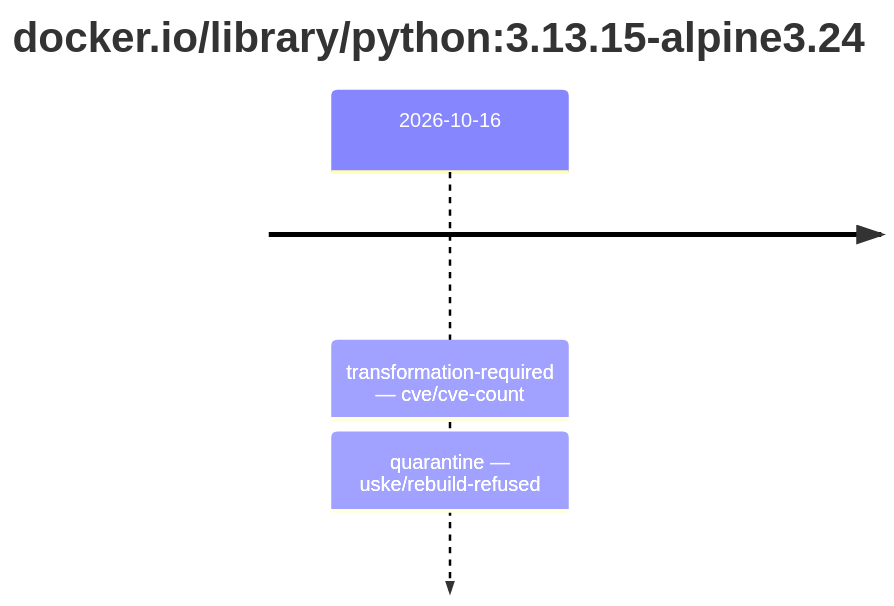
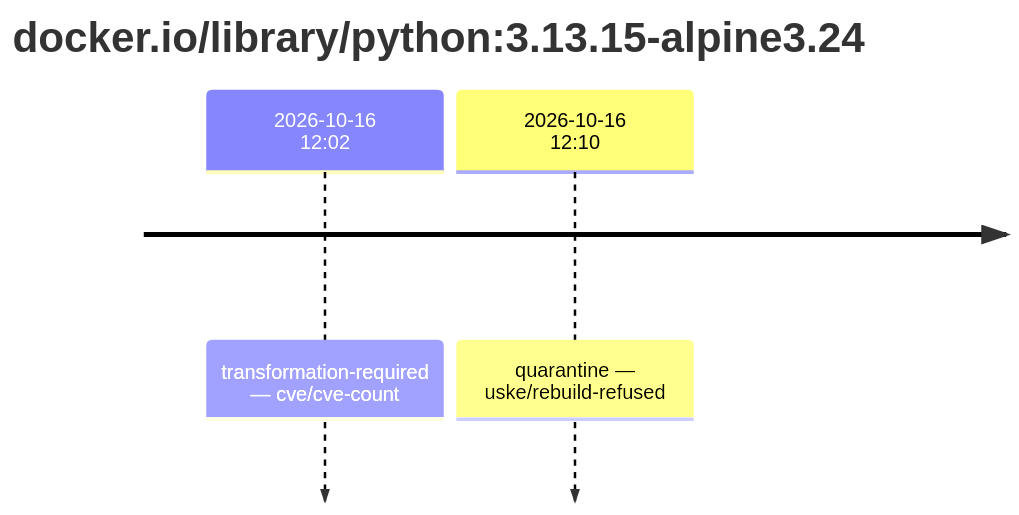
One commit to trivoallan/base-images changed the first of 2 diagrams in results/reports/base-python-3/sha256:33d9c701fd82efb0351becac53606082ee382017eaeddba7b91d6cf748238f1c.md. Above: the diagram before and after it, drawn with Mermaid. The commit also changed other lines of this file and 12 other files, not shown here.

````diff
--- a/results/reports/base-python-3/sha256:33d9c701fd82efb0351becac53606082ee382017eaeddba7b91d6cf748238f1c.md
+++ b/results/reports/base-python-3/sha256:33d9c701fd82efb0351becac53606082ee382017eaeddba7b91d6cf748238f1c.md
@@ -5,5 +5,6 @@
 ```mermaid
 timeline
     title docker.io/library/python#58;3.13.15-alpine3.24
-    2026-10-16 : transformation-required — cve/cve-count : quarantine — uske/rebuild-refused
+    2026-10-16 12#58;02 : transformation-required — cve/cve-count
+    2026-10-16 12#58;10 : quarantine — uske/rebuild-refused
 ```
````
